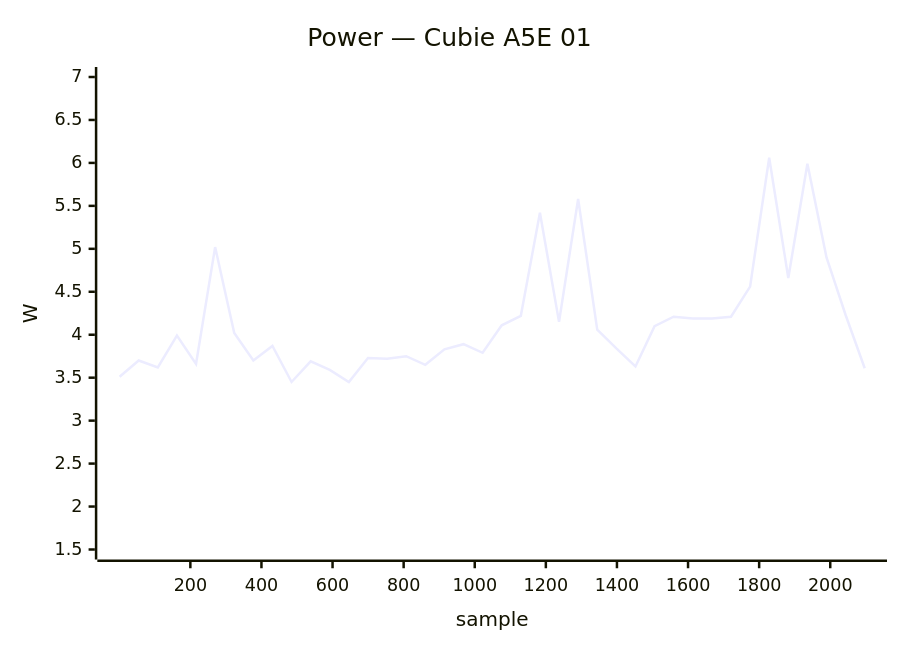
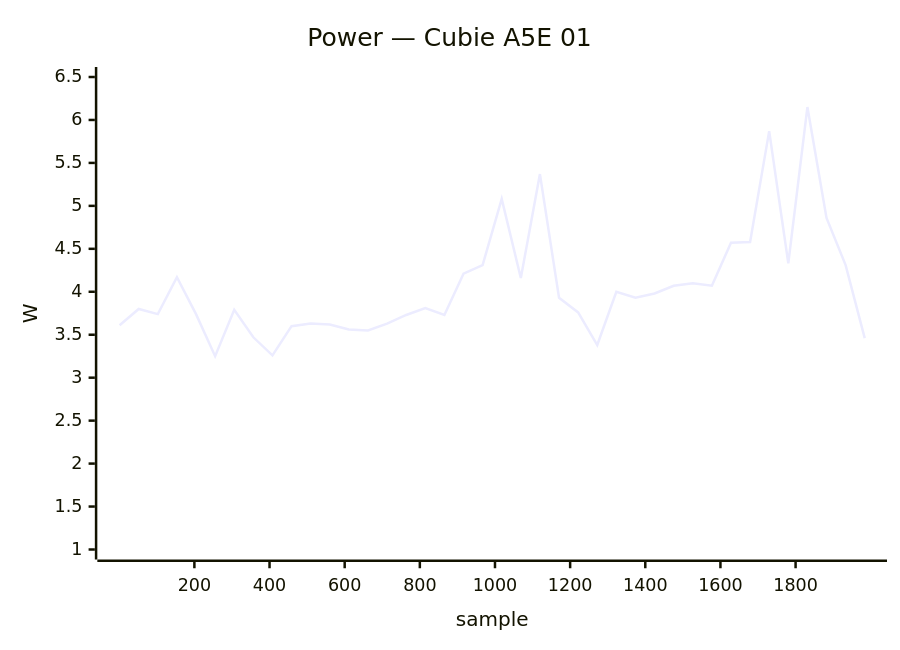
Before and after one commit to armbian/documentation: diagram 14 of 41 in docs/status/board-tests.md, drawn with Mermaid. The commit also changed other lines of this file, not shown here.

````diff
--- a/docs/status/board-tests.md
+++ b/docs/status/board-tests.md
@@ -464,7 +529,7 @@
 ```mermaid
 xychart-beta
     title "Power — Cubie A5E 01"
-    x-axis "sample" 1 --> 2097
-    y-axis "W" 1.5 --> 7.0
-    line [3.51, 3.70, 3.62, 3.99, 3.66, 5.02, 4.02, 3.70, 3.87, 3.45, 3.69, 3.59, 3.45, 3.73, 3.72, 3.75, 3.65, 3.83, 3.89, 3.79, 4.11, 4.22, 5.42, 4.15, 5.58, 4.06, 3.84, 3.63, 4.10, 4.21, 4.19, 4.19, 4.21, 4.56, 6.06, 4.66, 5.99, 4.90, 4.23, 3.61]
+    x-axis "sample" 1 --> 1984
+    y-axis "W" 1.0 --> 6.5
+    line [3.61, 3.80, 3.74, 4.17, 3.74, 3.25, 3.79, 3.47, 3.26, 3.60, 3.63, 3.62, 3.56, 3.55, 3.63, 3.73, 3.81, 3.73, 4.21, 4.31, 5.08, 4.16, 5.37, 3.93, 3.76, 3.38, 4.00, 3.93, 3.98, 4.07, 4.10, 4.07, 4.57, 4.58, 5.87, 4.33, 6.15, 4.86, 4.31, 3.46]
 ```
````
